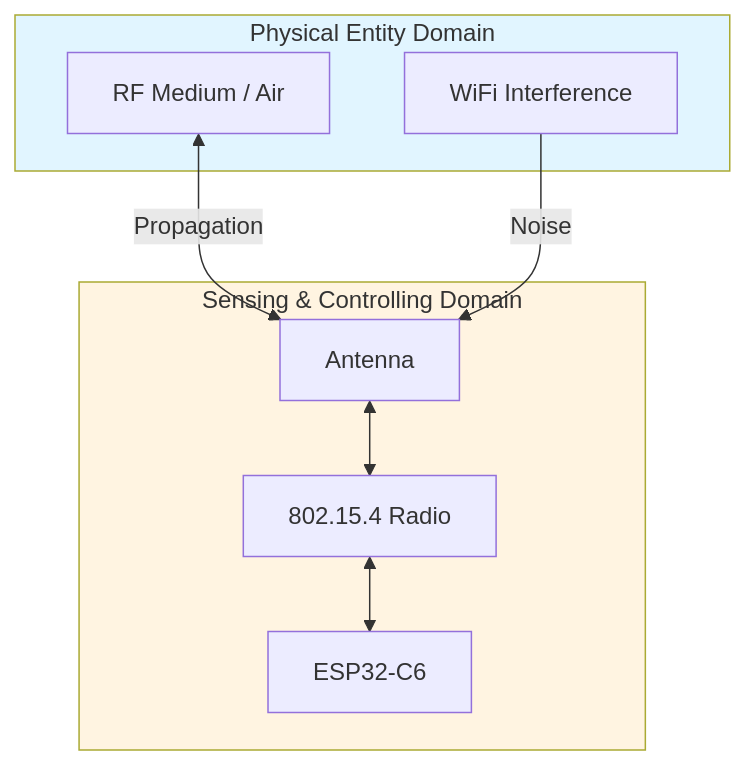
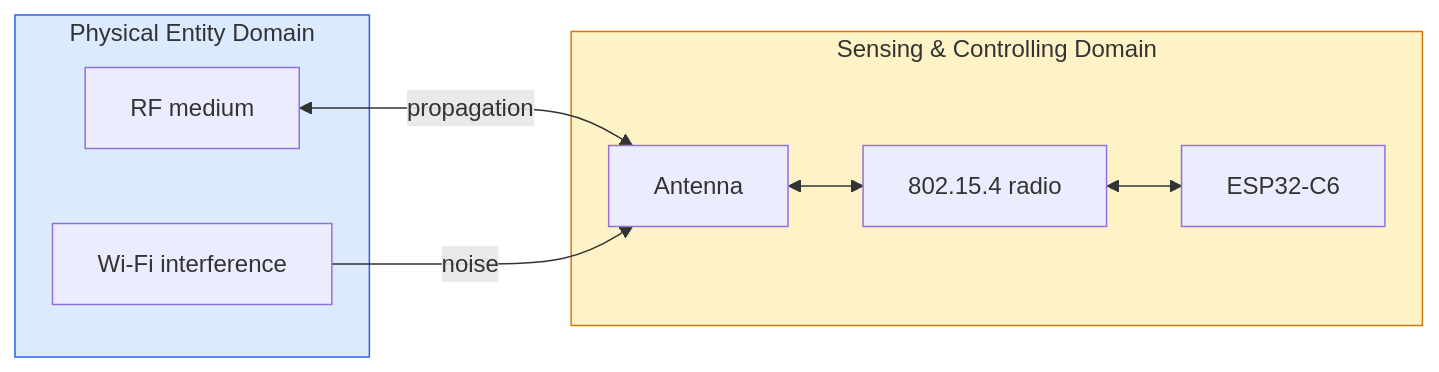
One commit to Giraldo0712/4201327-iot_systems_design changed the diagram in labs/lab1.md. Above: the diagram before and after it, drawn with Mermaid. The commit also changed other lines of this file and 11 other files, not shown here.

````diff
--- a/labs/lab1.md
+++ b/labs/lab1.md
@@ -261,18 +108,14 @@
 ```mermaid
-graph TD
+graph LR
     subgraph PED [Physical Entity Domain]
-        Air[RF Medium / Air]
-        Interference[WiFi Interference]
+        Air[RF medium]
+        WiFi[Wi-Fi interference]
     end
     subgraph SCD [Sensing & Controlling Domain]
-        Antenna[Antenna]
-        Radio[802.15.4 Radio]
-        MCU[ESP32-C6]
+        Antenna[Antenna] <--> Radio[802.15.4 radio] <--> MCU[ESP32-C6]
     end
-    Air <-->|Propagation| Antenna
-    Interference -->|Noise| Antenna
-    Antenna <--> Radio
-    Radio <--> MCU
-    style PED fill:#e1f5ff
-    style SCD fill:#fff4e1
+    Air <-->|propagation| Antenna
+    WiFi -->|noise| Antenna
+    style PED fill:#dbeafe,stroke:#2563eb
+    style SCD fill:#fef3c7,stroke:#d97706
 ```
````
